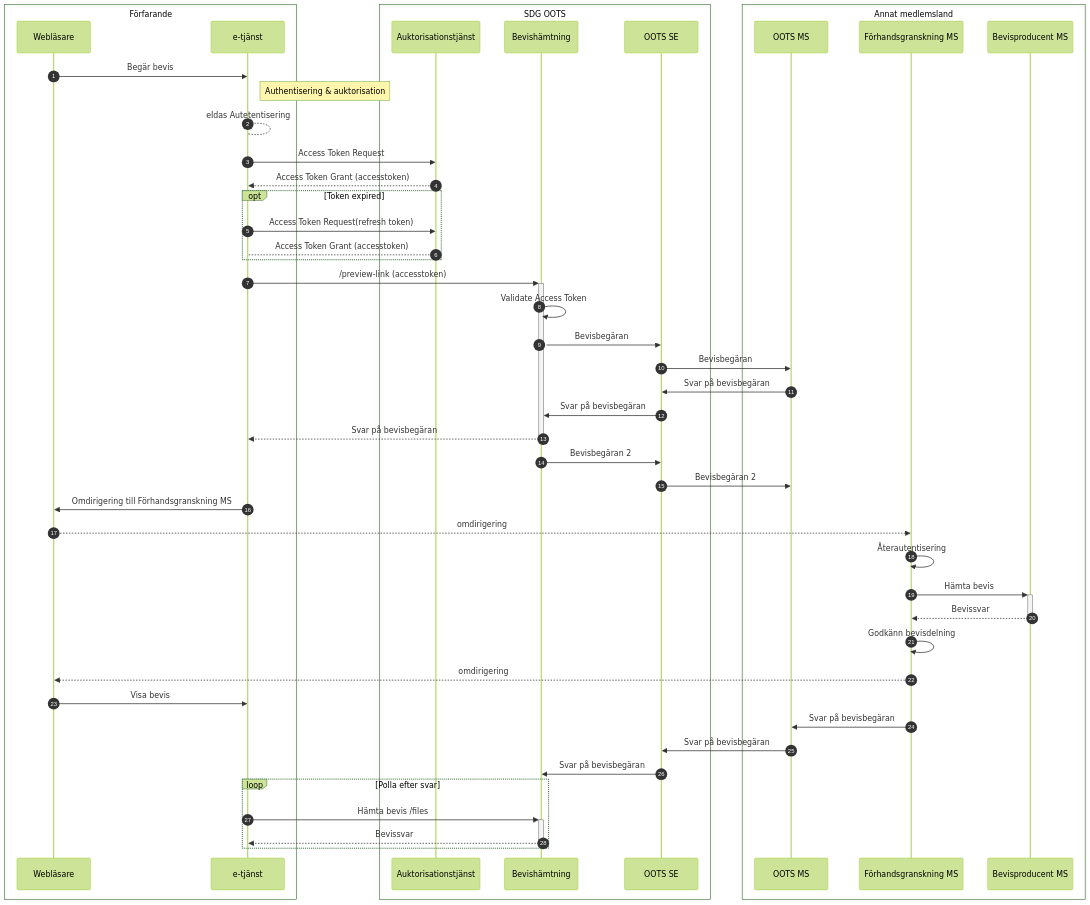
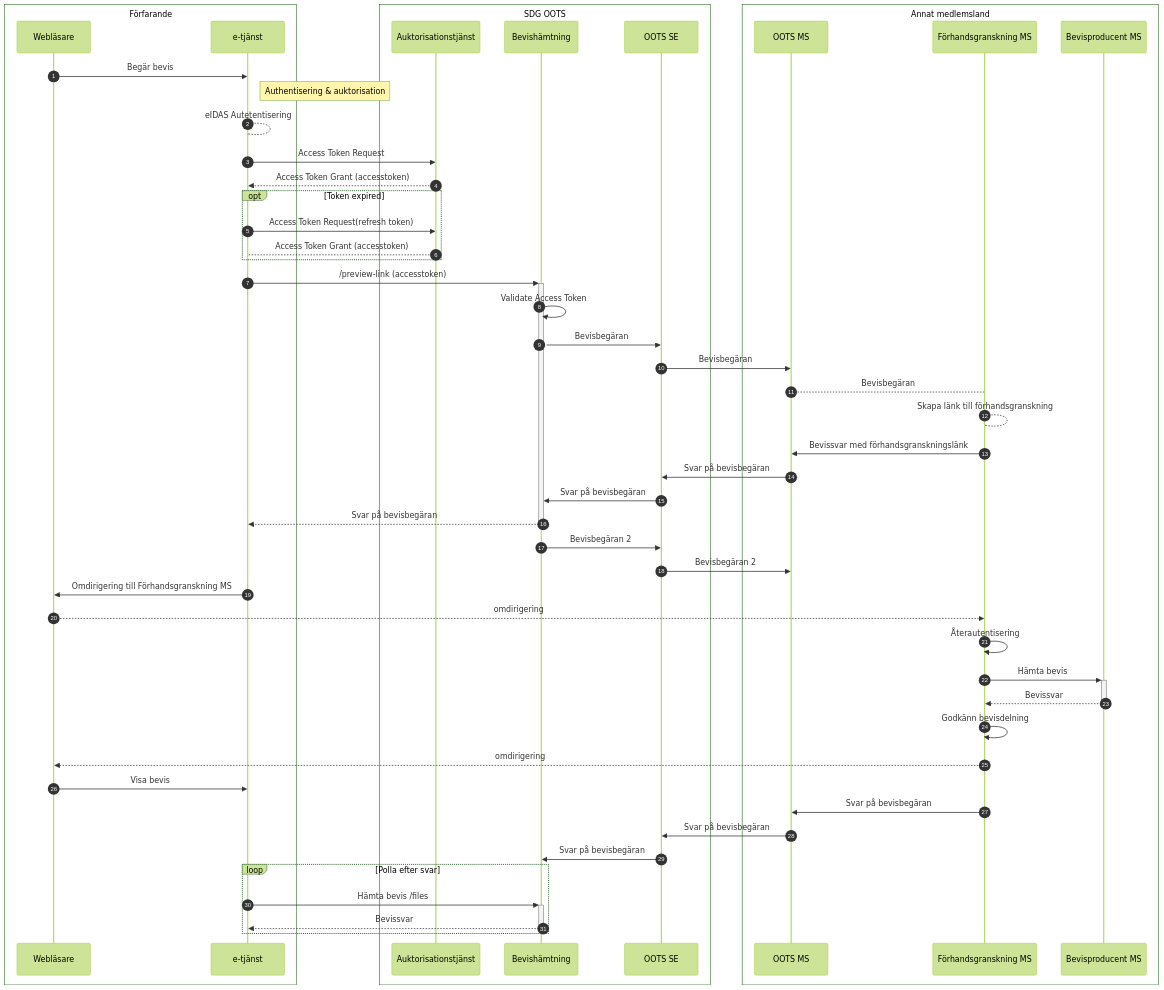
One commit to diggsweden/sdg-intermediation-eu changed the second of 2 diagrams in README.md. Above: the diagram before and after it, drawn with Mermaid (forest theme). The commit also changed other lines of this file, not shown here.

````diff
--- a/README.md
+++ b/README.md
@@ -47,51 +47,54 @@
 ```mermaid
 sequenceDiagram
 autonumber
 box Förfarande
 participant W as Webläsare
 participant OF as e-tjänst
 end
 box SDG OOTS
 participant AT as Auktorisationstjänst
 participant BT as Bevishämtning 
 participant OTSE as OOTS SE
 end
 box Annat medlemsland
 participant OTMS as OOTS MS
 participant MSOF as Förhandsgranskning MS
 participant MSBP as Bevisproducent MS
 end
 W->>OF: Begär bevis
 Note right of OF: Authentisering & auktorisation
-OF-->OF: eIdas Autetentisering
+OF-->OF: eIDAS Autetentisering
 OF->>AT: Access Token Request
 AT-->>OF: Access Token Grant (accesstoken)
 Opt Token expired
 OF->>AT: Access Token Request(refresh token)
 AT-->OF: Access Token Grant (accesstoken)
 end
 OF->>+BT: /preview-link (accesstoken)
 BT->>BT: Validate Access Token
 BT->>OTSE: Bevisbegäran
 OTSE->>OTMS: Bevisbegäran
+OTMS-->MSOF: Bevisbegäran
+MSOF-->MSOF: Skapa länk till förhandsgranskning
+MSOF->>OTMS: Bevissvar med förhandsgranskningslänk
 OTMS->>OTSE: Svar på bevisbegäran
 OTSE->>BT: Svar på bevisbegäran
 BT-->>-OF: Svar på bevisbegäran
 BT->>OTSE: Bevisbegäran 2
 OTSE->>OTMS: Bevisbegäran 2
 OF->>W: Omdirigering till Förhandsgranskning MS
 W-->>MSOF: omdirigering
 MSOF->>MSOF: Återautentisering
 MSOF->>+MSBP: Hämta bevis
 MSBP-->>-MSOF: Bevissvar
 MSOF->>MSOF: Godkänn bevisdelning
 MSOF-->>W: omdirigering
 W->>OF: Visa bevis
 MSOF->>OTMS: Svar på bevisbegäran
 OTMS->>OTSE: Svar på bevisbegäran
 OTSE->>BT: Svar på bevisbegäran
 loop Polla efter svar
 OF->>+BT: Hämta bevis /files
 BT-->>-OF: Bevissvar
 end
 ```
````
